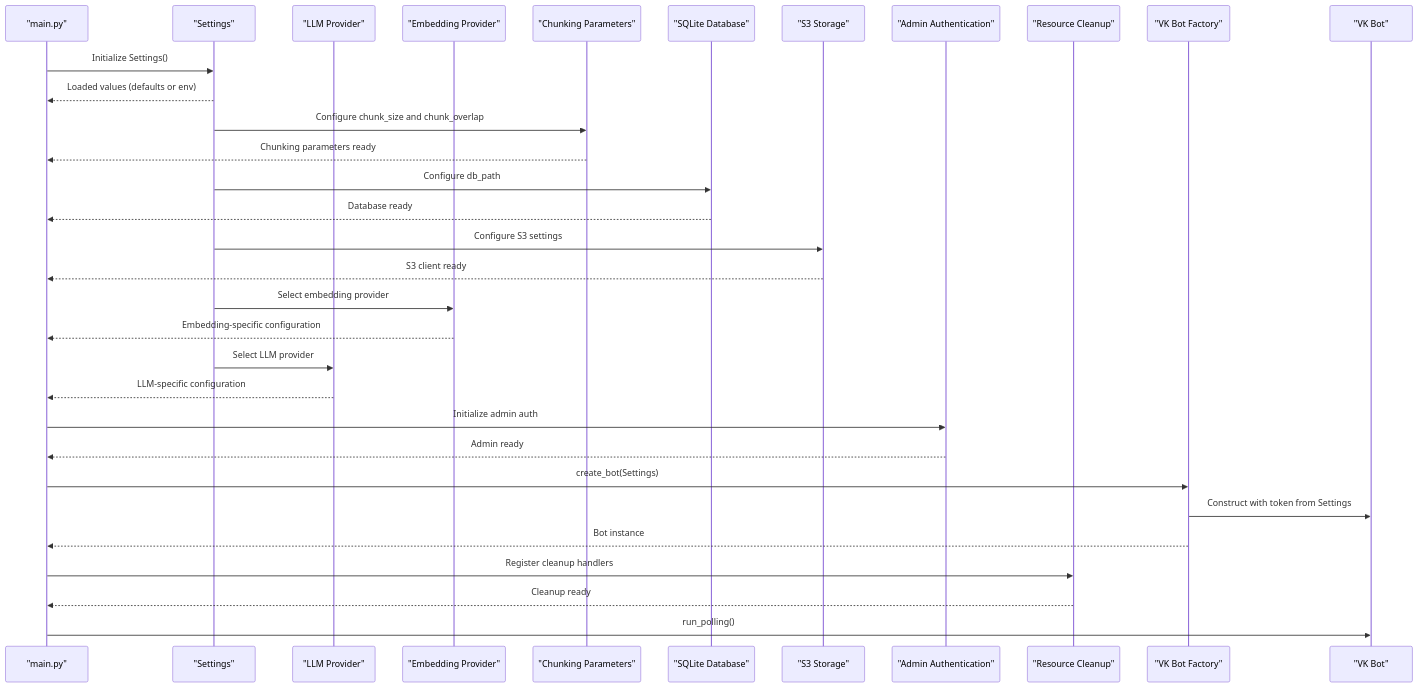
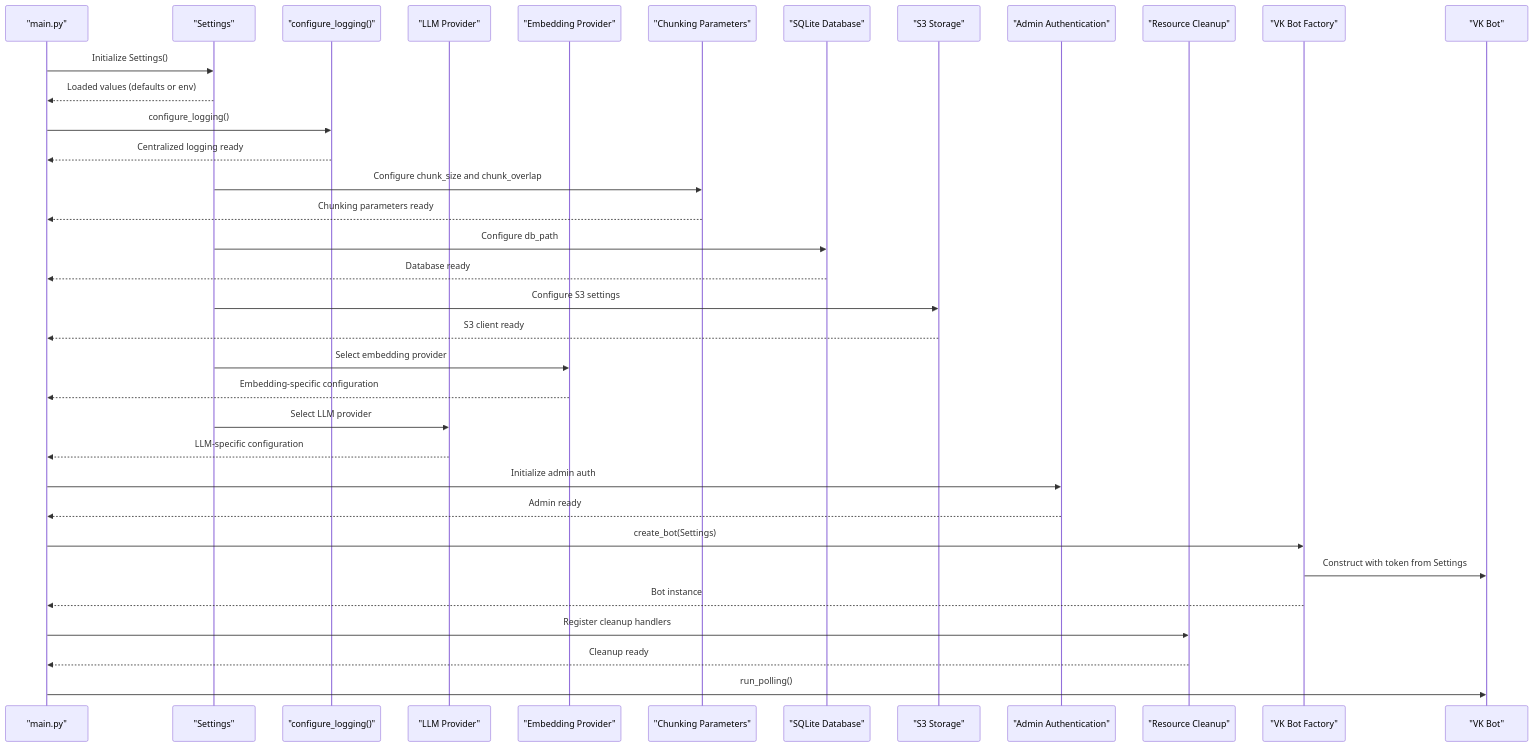
Before and after one commit to ognelis/cafetera_hr_bot: the second of 11 diagrams in .qoder/repowiki/en/content/Configuration Management.md, drawn with Mermaid. The commit also changed other lines of this file and 29 other files, not shown here.

````diff
--- a/.qoder/repowiki/en/content/Configuration Management.md
+++ b/.qoder/repowiki/en/content/Configuration Management.md
@@ -172,34 +178,37 @@
 ```mermaid
 sequenceDiagram
 participant Script as "main.py"
 participant Settings as "Settings"
+participant Logging as "configure_logging()"
 participant Provider as "LLM Provider"
 participant EmbeddingProvider as "Embedding Provider"
 participant Chunking as "Chunking Parameters"
 participant Storage as "SQLite Database"
 participant S3Storage as "S3 Storage"
 participant AdminAuth as "Admin Authentication"
 participant Cleanup as "Resource Cleanup"
 participant VKBot as "VK Bot Factory"
 participant VK as "VK Bot"
 Script->>Settings : Initialize Settings()
 Settings-->>Script : Loaded values (defaults or env)
+Script->>Logging : configure_logging()
+Logging-->>Script : Centralized logging ready
 Settings->>Chunking : Configure chunk_size and chunk_overlap
 Chunking-->>Script : Chunking parameters ready
 Settings->>Storage : Configure db_path
 Storage-->>Script : Database ready
 Settings->>S3Storage : Configure S3 settings
 S3Storage-->>Script : S3 client ready
 Settings->>EmbeddingProvider : Select embedding provider
 EmbeddingProvider-->>Script : Embedding-specific configuration
 Settings->>Provider : Select LLM provider
 Provider-->>Script : LLM-specific configuration
 Script->>AdminAuth : Initialize admin auth
 AdminAuth-->>Script : Admin ready
 Script->>VKBot : create_bot(Settings)
 VKBot->>VK : Construct with token from Settings
 VKBot-->>Script : Bot instance
 Script->>Cleanup : Register cleanup handlers
 Cleanup-->>Script : Cleanup ready
 Script->>VK : run_polling()
 ```
````
